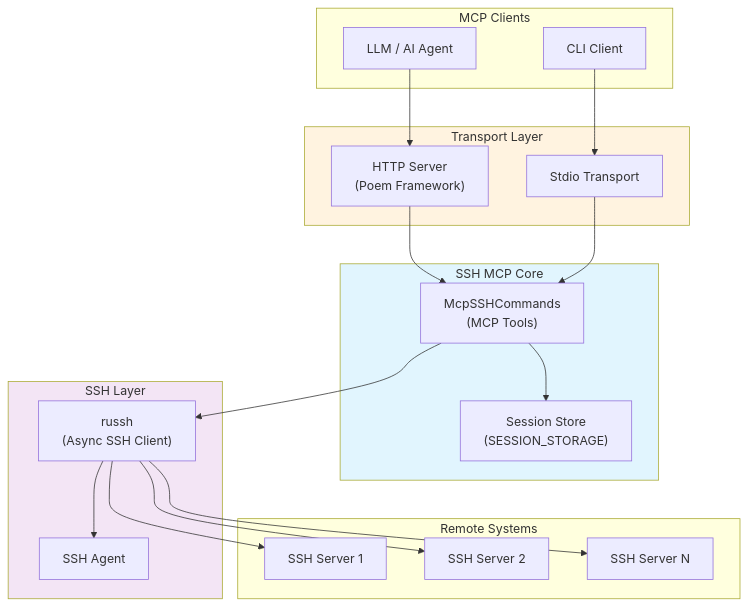
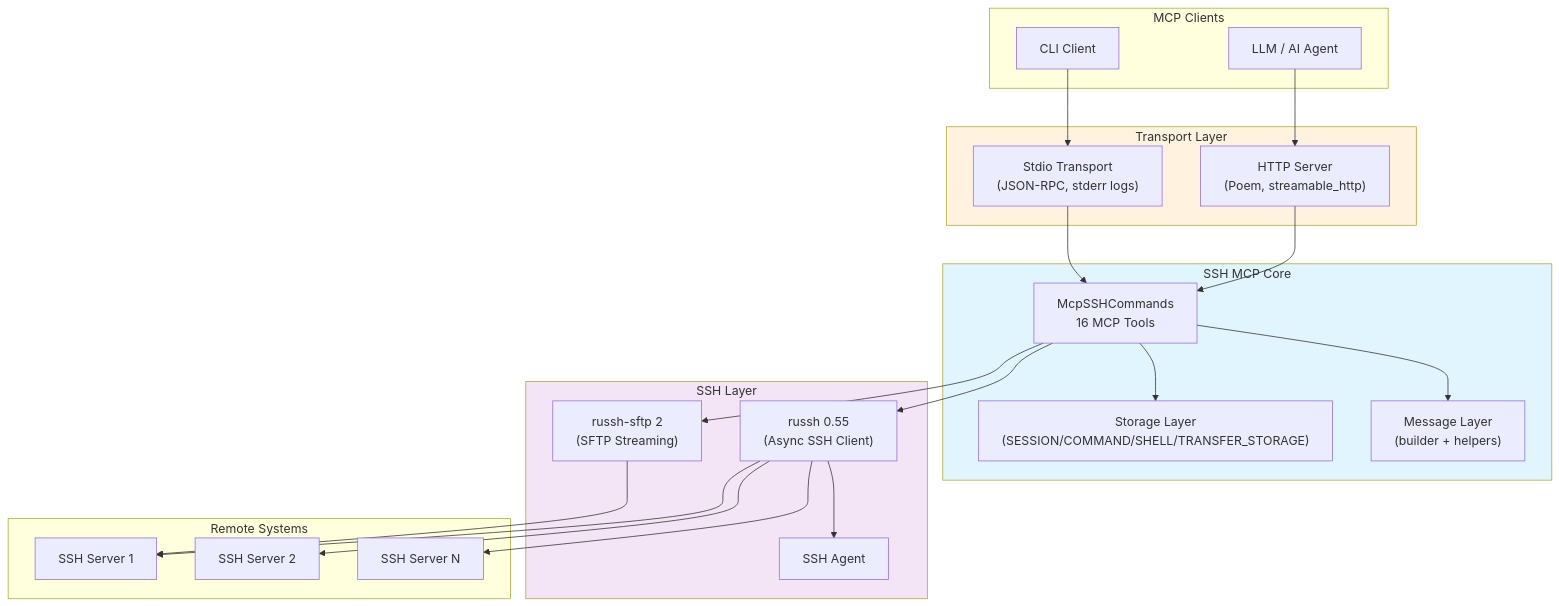
One commit to farchanjo/ssh-mcp changed the first of 11 diagrams in docs/ARCHITECTURE.md. Above: the diagram before and after it, drawn with Mermaid. The commit also changed other lines of this file and 5 other files, not shown here.

````diff
--- a/docs/ARCHITECTURE.md
+++ b/docs/ARCHITECTURE.md
@@ -17,43 +17,48 @@
 ```mermaid
 flowchart TB
     subgraph Clients["MCP Clients"]
         LLM["LLM / AI Agent"]
         CLI["CLI Client"]
     end
 
     subgraph Transport["Transport Layer"]
-        HTTP["HTTP Server<br/>(Poem Framework)"]
-        STDIO["Stdio Transport"]
+        HTTP["HTTP Server<br/>(Poem, streamable_http)"]
+        STDIO["Stdio Transport<br/>(JSON-RPC, stderr logs)"]
     end
 
     subgraph Core["SSH MCP Core"]
-        MCP["McpSSHCommands<br/>(MCP Tools)"]
-        Sessions["Session Store<br/>(SESSION_STORAGE)"]
+        MCP["McpSSHCommands<br/>16 MCP Tools"]
+        Storage["Storage Layer<br/>(SESSION/COMMAND/SHELL/TRANSFER_STORAGE)"]
+        Messages["Message Layer<br/>(builder + helpers)"]
     end
 
     subgraph SSH["SSH Layer"]
-        Russh["russh<br/>(Async SSH Client)"]
+        Russh["russh 0.55<br/>(Async SSH Client)"]
+        RusshSftp["russh-sftp 2<br/>(SFTP Streaming)"]
         Agent["SSH Agent"]
     end
 
     subgraph Remote["Remote Systems"]
         Server1["SSH Server 1"]
         Server2["SSH Server 2"]
         ServerN["SSH Server N"]
     end
 
     LLM --> HTTP
     CLI --> STDIO
     HTTP --> MCP
     STDIO --> MCP
-    MCP --> Sessions
+    MCP --> Storage
+    MCP --> Messages
     MCP --> Russh
+    MCP --> RusshSftp
     Russh --> Agent
     Russh --> Server1
     Russh --> Server2
     Russh --> ServerN
+    RusshSftp --> Server1
 
     style Core fill:#e1f5fe
     style Transport fill:#fff3e0
     style SSH fill:#f3e5f5
 ```
````
